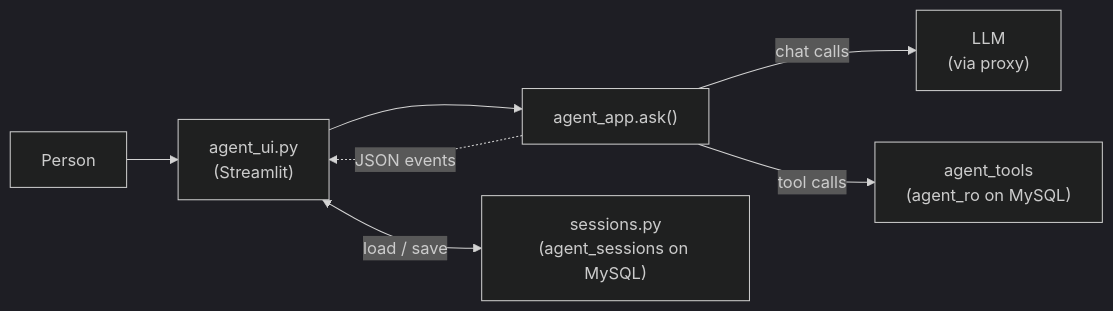
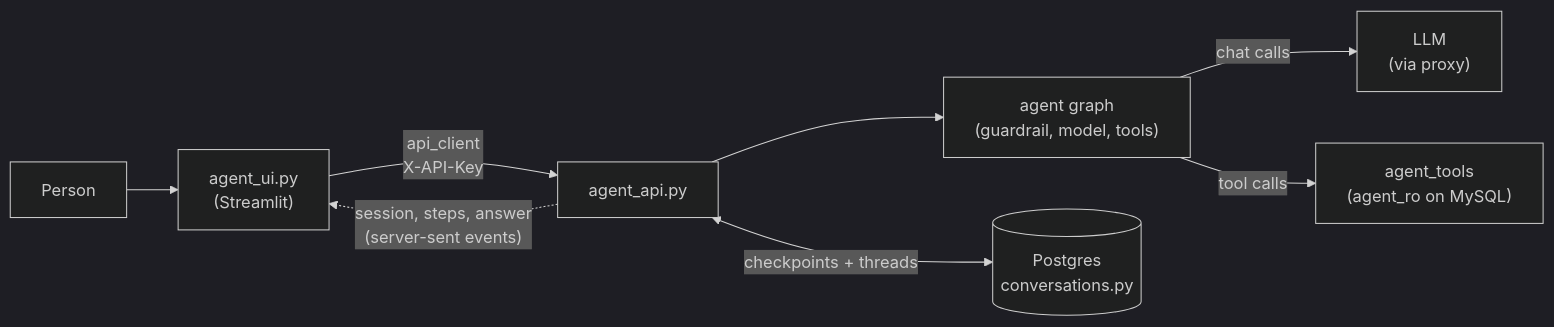
One commit to ensanguine2279/sctp-aie-m5-jurong-marine changed the first of 2 diagrams in docs/agent_ui.md. Above: the diagram before and after it, drawn with Mermaid (dark theme). The commit also changed other lines of this file and 17 other files, not shown here.

Commit message:
refactor: added agent_api endpoints

````diff
--- a/docs/agent_ui.md
+++ b/docs/agent_ui.md
@@ -10,9 +15,10 @@
 ```mermaid
 flowchart LR
     P["Person"] --> U["agent_ui.py<br/>(Streamlit)"]
-    U --> A["agent_app.ask()"]
-    A -->|"chat calls"| M["LLM<br/>(via proxy)"]
-    A -->|"tool calls"| T["agent_tools<br/>(agent_ro on MySQL)"]
-    A -.->|"JSON events"| U
-    U <-->|"load / save"| S["sessions.py<br/>(agent_sessions on MySQL)"]
+    U -->|"api_client<br/>X-API-Key"| API["agent_api.py"]
+    API --> G["agent graph<br/>(guardrail, model, tools)"]
+    G -->|"chat calls"| M["LLM<br/>(via proxy)"]
+    G -->|"tool calls"| T["agent_tools<br/>(agent_ro on MySQL)"]
+    API <-->|"checkpoints + threads"| C[("Postgres<br/>conversations.py")]
+    API -.->|"session, steps, answer<br/>(server-sent events)"| U
 ```
````
